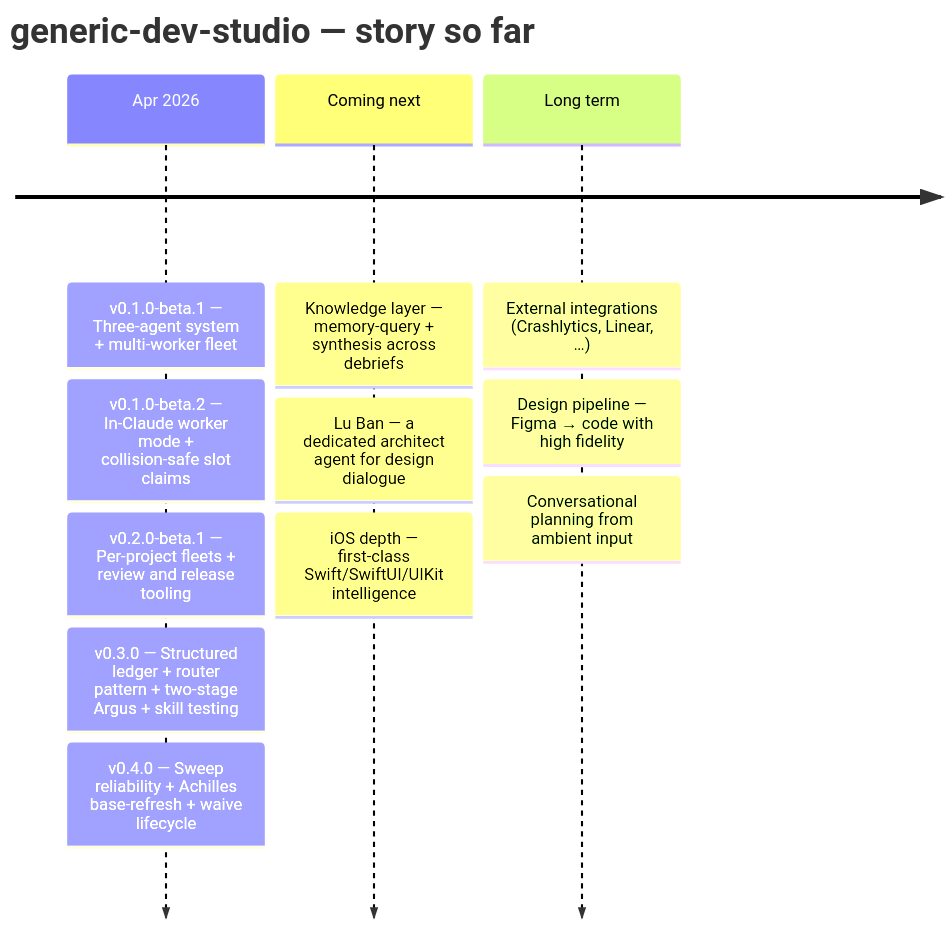
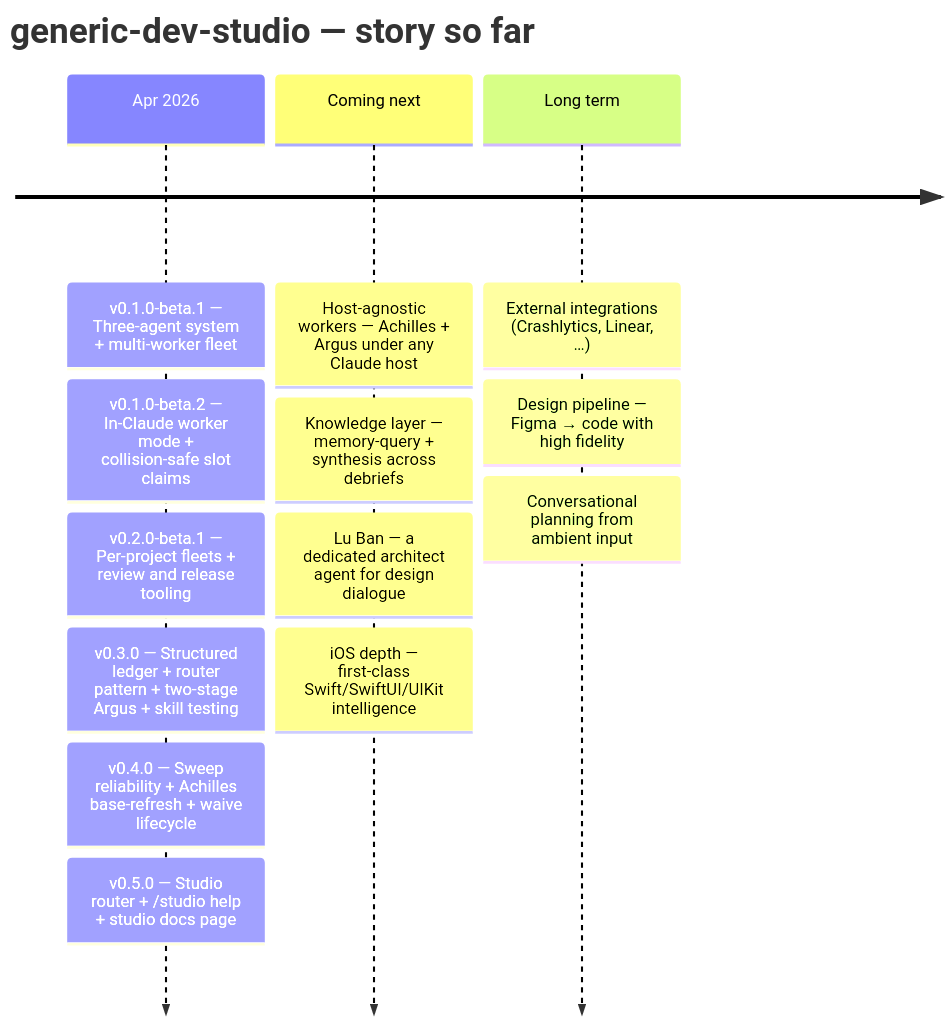
One commit to v-i-s-h-a-l/generic-dev-studio changed the diagram in README.md. Above: the diagram before and after it, drawn with Mermaid. The commit also changed other lines of this file, not shown here.

Commit message:
README: v0.5.0 timeline + Story so far update
Post-ship update per studio/modes/release.md Step 6:
- Mermaid timeline: v0.5.0 entry added under Apr 2026.
- Coming next: "Host-agnostic workers" surfaced as the next release
  (replaces the "Knowledge layer" top slot, which drops one line).
- Story so far: new paragraph prepended for v0.5.0.

````diff
--- a/README.md
+++ b/README.md
@@ -13,15 +13,17 @@
 ```mermaid
 timeline
     title generic-dev-studio — story so far
     Apr 2026 : v0.1.0-beta.1 — Three-agent system + multi-worker fleet
              : v0.1.0-beta.2 — In-Claude worker mode + collision-safe slot claims
              : v0.2.0-beta.1 — Per-project fleets + review and release tooling
              : v0.3.0 — Structured ledger + router pattern + two-stage Argus + skill testing
              : v0.4.0 — Sweep reliability + Achilles base-refresh + waive lifecycle
-    Coming next : Knowledge layer — memory-query + synthesis across debriefs
+             : v0.5.0 — Studio router + /studio help + studio docs page
+    Coming next : Host-agnostic workers — Achilles + Argus under any Claude host
+                : Knowledge layer — memory-query + synthesis across debriefs
                 : Lu Ban — a dedicated architect agent for design dialogue
                 : iOS depth — first-class Swift/SwiftUI/UIKit intelligence
     Long term : External integrations (Crashlytics, Linear, …)
               : Design pipeline — Figma → code with high fidelity
               : Conversational planning from ambient input
 ```
````
